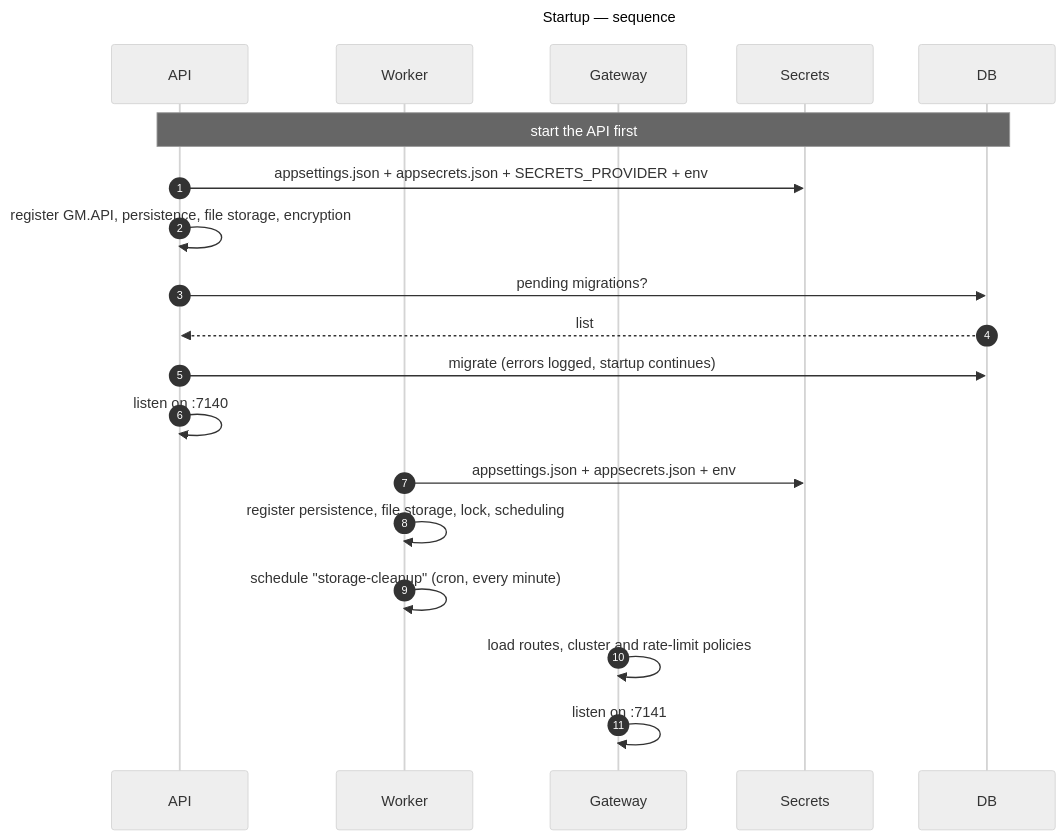
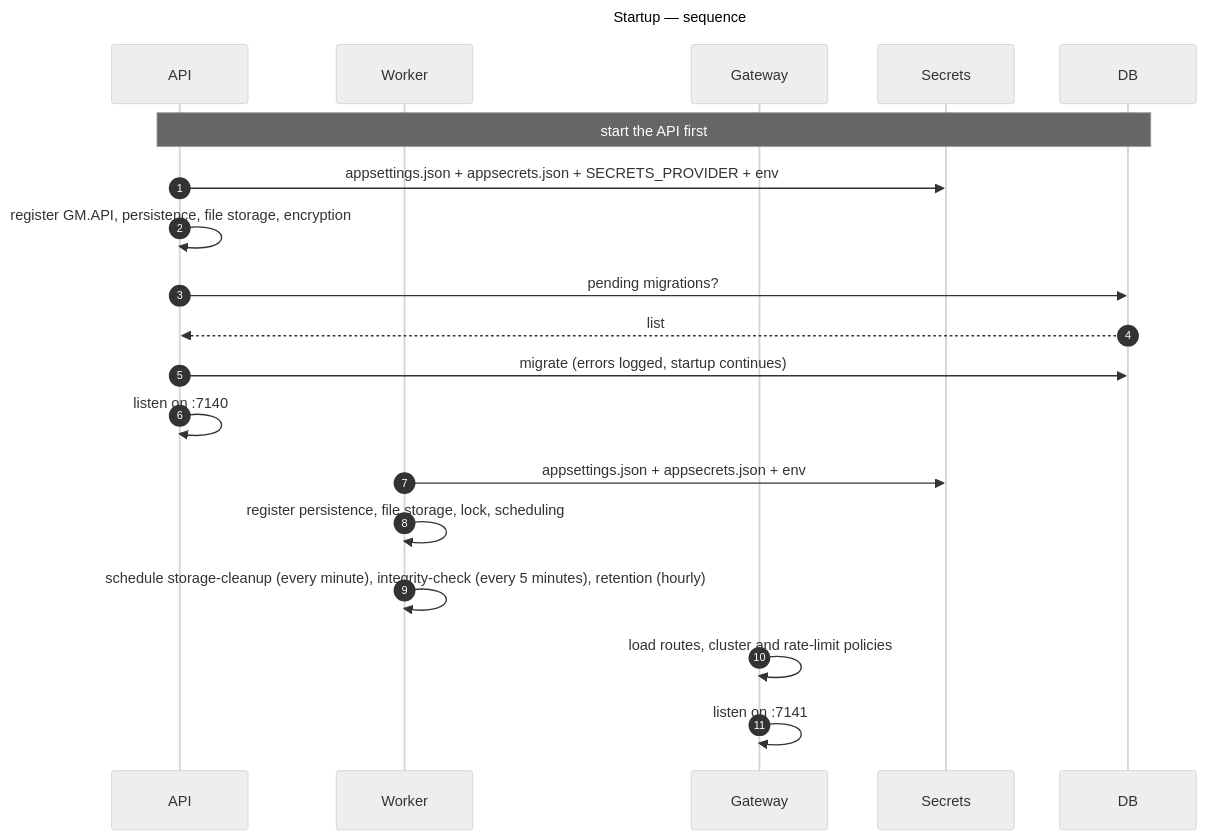
Before and after one commit to gmetskhvarishvili/GM.FileStorage.Samples: the first of 17 diagrams in docs/sequence-diagrams.md, drawn with Mermaid (neutral theme). The commit also changed other lines of this file and 4 other files, not shown here.

Commit message:
docs: integrity checks, retention and storage quotas

````diff
--- a/docs/sequence-diagrams.md
+++ b/docs/sequence-diagrams.md
@@ -25,27 +25,27 @@
 ```mermaid
 ---
 title: Startup — sequence
 ---
 sequenceDiagram
     autonumber
     participant API
     participant W as Worker
     participant G as Gateway
     participant Sec as Secrets
     participant DB
 
     Note over API,DB: start the API first
     API->>Sec: appsettings.json + appsecrets.json + SECRETS_PROVIDER + env
     API->>API: register GM.API, persistence, file storage, encryption
     API->>DB: pending migrations?
     DB-->>API: list
     API->>DB: migrate (errors logged, startup continues)
     API->>API: listen on :7140
 
     W->>Sec: appsettings.json + appsecrets.json + env
     W->>W: register persistence, file storage, lock, scheduling
-    W->>W: schedule "storage-cleanup" (cron, every minute)
+    W->>W: schedule storage-cleanup (every minute), integrity-check (every 5 minutes), retention (hourly)
 
     G->>G: load routes, cluster and rate-limit policies
     G->>G: listen on :7141
 ```
````
